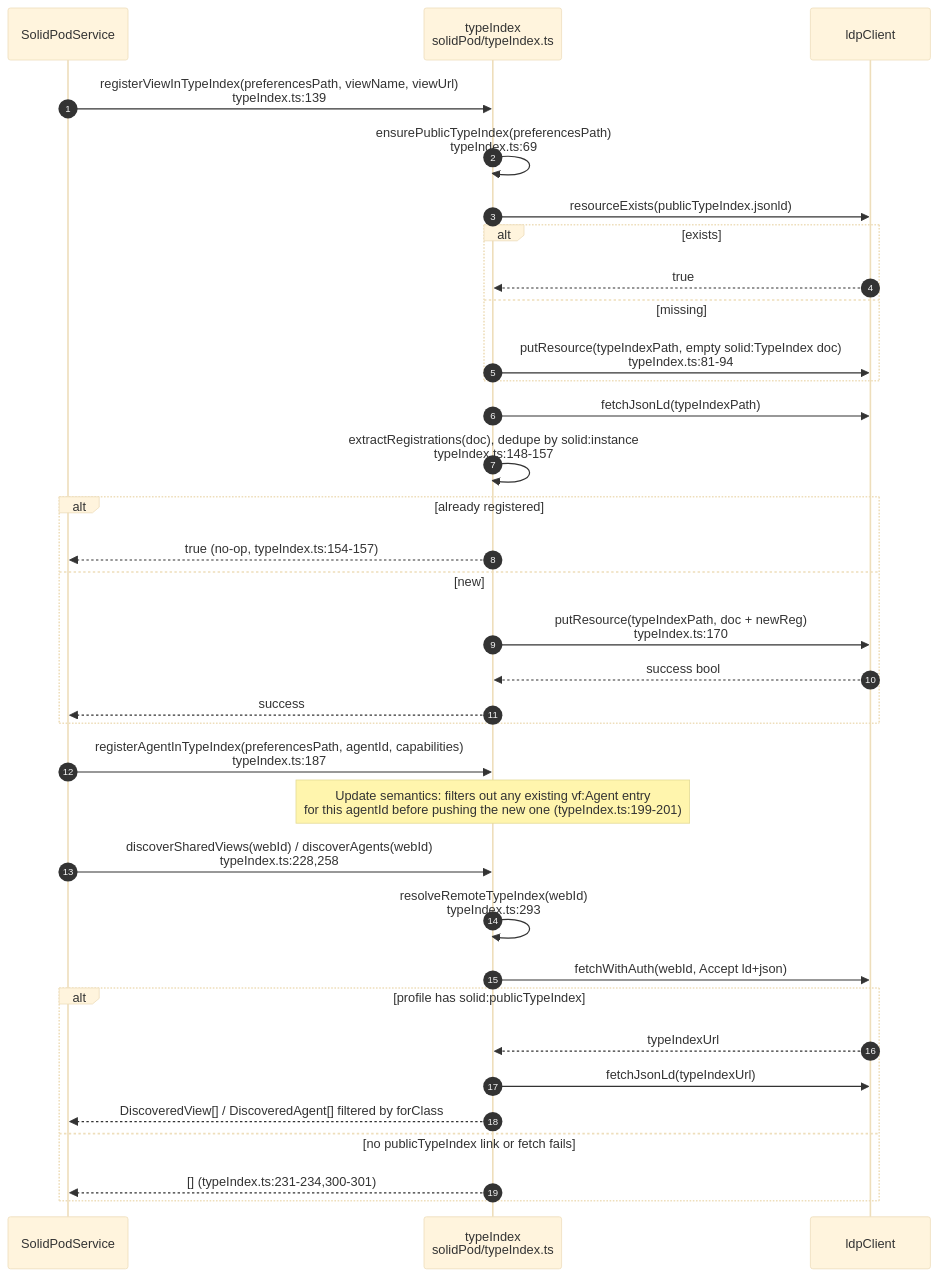
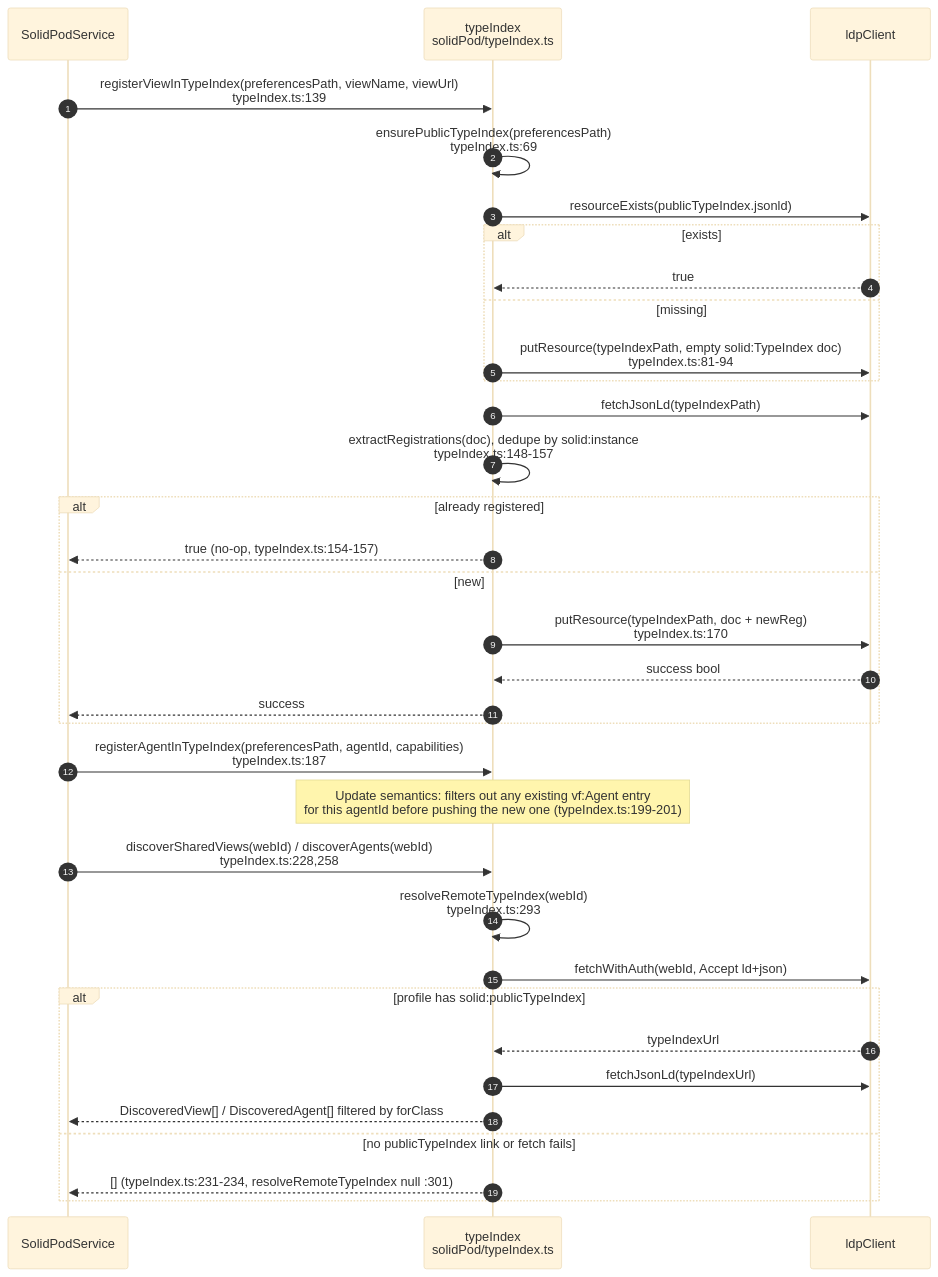
One commit to DreamLab-AI/VisionFlow changed the eighth of 13 diagrams in docs/diagrams/visionclaw/26-solid-pod-and-jss.md. Above: the diagram before and after it, drawn with Mermaid (base theme). The commit also changed other lines of this file and 173 other files, not shown here.

````diff
--- a/docs/diagrams/visionclaw/26-solid-pod-and-jss.md
+++ b/docs/diagrams/visionclaw/26-solid-pod-and-jss.md
@@ -348,39 +354,39 @@
 ```mermaid
 sequenceDiagram
     autonumber
     participant Caller as SolidPodService
     participant TI as typeIndex<br/>solidPod/typeIndex.ts
     participant L as ldpClient
 
     Caller->>TI: registerViewInTypeIndex(preferencesPath, viewName, viewUrl)<br/>typeIndex.ts:139
     TI->>TI: ensurePublicTypeIndex(preferencesPath)<br/>typeIndex.ts:69
     TI->>L: resourceExists(publicTypeIndex.jsonld)
     alt exists
         L-->>TI: true
     else missing
         TI->>L: putResource(typeIndexPath, empty solid:TypeIndex doc)<br/>typeIndex.ts:81-94
     end
     TI->>L: fetchJsonLd(typeIndexPath)
     TI->>TI: extractRegistrations(doc), dedupe by solid:instance<br/>typeIndex.ts:148-157
     alt already registered
         TI-->>Caller: true (no-op, typeIndex.ts:154-157)
     else new
         TI->>L: putResource(typeIndexPath, doc + newReg)<br/>typeIndex.ts:170
         L-->>TI: success bool
         TI-->>Caller: success
     end
 
     Caller->>TI: registerAgentInTypeIndex(preferencesPath, agentId, capabilities)<br/>typeIndex.ts:187
     Note over TI: Update semantics: filters out any existing vf:Agent entry<br/>for this agentId before pushing the new one (typeIndex.ts:199-201)
 
     Caller->>TI: discoverSharedViews(webId) / discoverAgents(webId)<br/>typeIndex.ts:228,258
     TI->>TI: resolveRemoteTypeIndex(webId)<br/>typeIndex.ts:293
     TI->>L: fetchWithAuth(webId, Accept ld+json)
     alt profile has solid:publicTypeIndex
         L-->>TI: typeIndexUrl
         TI->>L: fetchJsonLd(typeIndexUrl)
         TI-->>Caller: DiscoveredView[] / DiscoveredAgent[] filtered by forClass
     else no publicTypeIndex link or fetch fails
-        TI-->>Caller: [] (typeIndex.ts:231-234,300-301)
+        TI-->>Caller: [] (typeIndex.ts:231-234, resolveRemoteTypeIndex null :301)
     end
 ```
````
